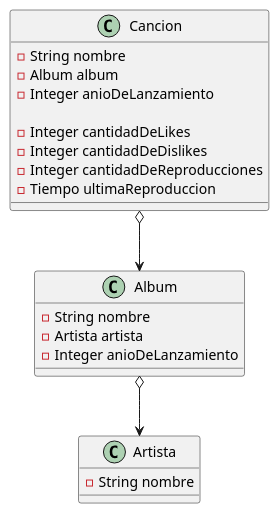
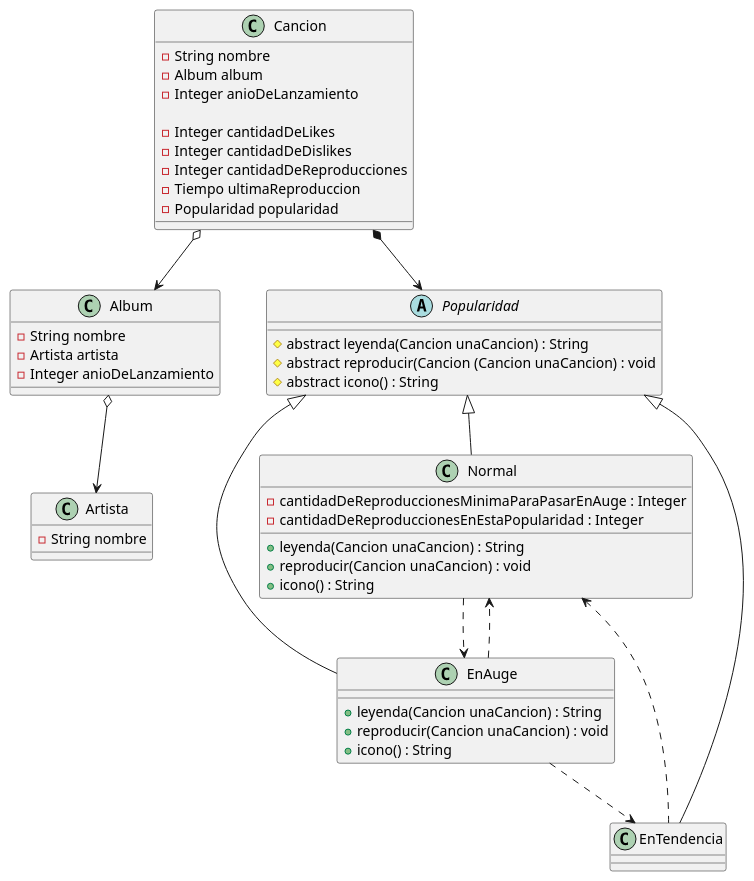
The diagram in TendenciasMusicales/src/main/Diagrama de Clases.puml (gonzivaser/DDSI-2025), drawn with PlantUML before and after one commit. The commit also changed 10 other files, not shown here.

```diff
--- a/TendenciasMusicales/src/main/Diagrama de Clases.puml
+++ b/TendenciasMusicales/src/main/Diagrama de Clases.puml
@@ -1,28 +1,60 @@
 @startuml
 
 class Cancion {
     - String nombre
     - Album album
     - Integer anioDeLanzamiento
 
     - Integer cantidadDeLikes
     - Integer cantidadDeDislikes
     - Integer cantidadDeReproducciones
     - Tiempo ultimaReproduccion
+    - Popularidad popularidad
 }
 
 class Artista {
     - String nombre
 }
 
 class Album {
     - String nombre
     - Artista artista
     - Integer anioDeLanzamiento
 }
 
+abstract class Popularidad {
+    # abstract leyenda(Cancion unaCancion) : String
+    # abstract reproducir(Cancion (Cancion unaCancion) : void
+    # abstract icono() : String
+}
+
+class Normal extends Popularidad {
+    - cantidadDeReproduccionesMinimaParaPasarEnAuge : Integer
+    - cantidadDeReproduccionesEnEstaPopularidad : Integer
+
+    + leyenda(Cancion unaCancion) : String
+    + reproducir(Cancion unaCancion) : void
+    + icono() : String
+}
+
+class EnAuge extends Popularidad {
+
+
+     + leyenda(Cancion unaCancion) : String
+     + reproducir(Cancion unaCancion) : void
+     + icono() : String
+}
+
+class EnTendencia extends Popularidad {
+}
+
 
 Cancion o--> Album
+Cancion *--> Popularidad
 Album o--> Artista
+Normal ..> EnAuge
+EnAuge ..> EnTendencia
+EnAuge ..> Normal
+EnTendencia ..> Normal
 
 @enduml
```
